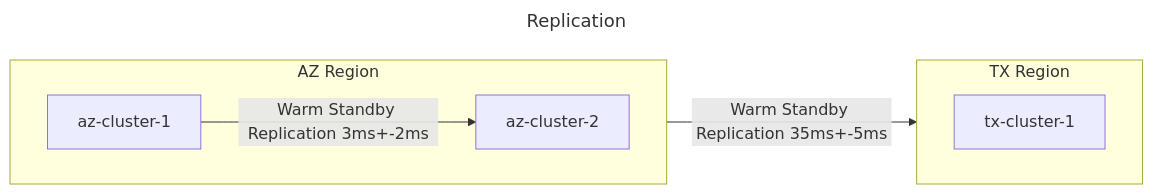
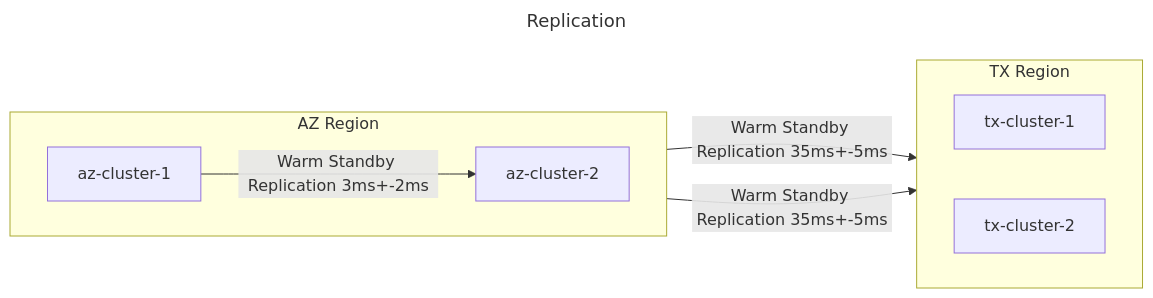
The second of 2 diagrams in README.md (cdelashmutt-pivotal/tanzu-rmq-ansible), drawn with Mermaid before and after one commit. The commit also changed other lines of this file, not shown here.

````diff
--- a/README.md
+++ b/README.md
@@ -38,15 +43,17 @@
 ```mermaid
 ---
 title: Replication
 ---
 flowchart LR
     subgraph az_region["AZ Region"]
         direction LR
         az-cluster-1 -- Warm Standby Replication 3ms+-2ms --> az-cluster-2
     end
     subgraph tx_region["TX Region"]
         direction LR
         tx-cluster-1
+        tx-cluster-2
     end
-    az-cluster-2 -- Warm Standby Replication 35ms+-5ms --> tx-cluster-1
+    az-cluster-1 -- Warm Standby Replication 35ms+-5ms --> tx-cluster-1
+    az-cluster-1 -- Warm Standby Replication 35ms+-5ms --> tx-cluster-2
 ```
````
